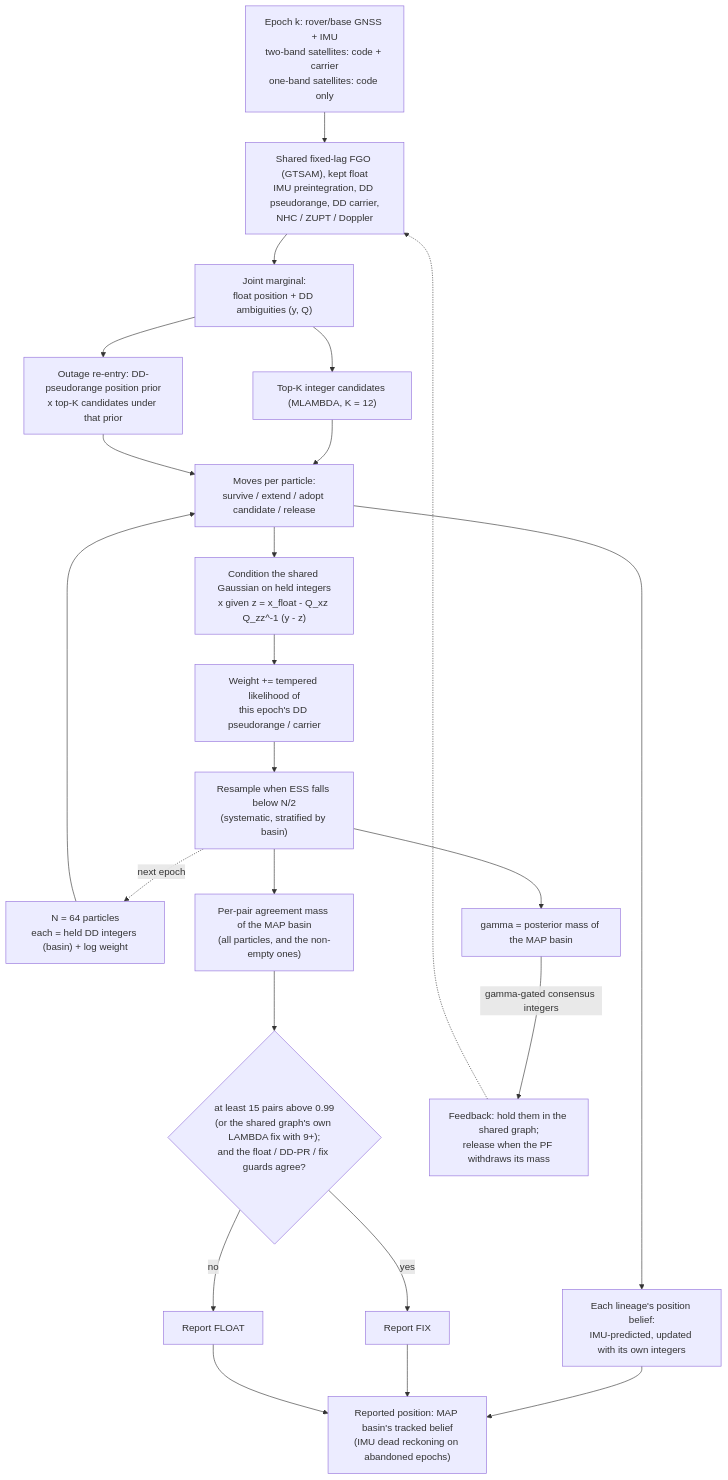
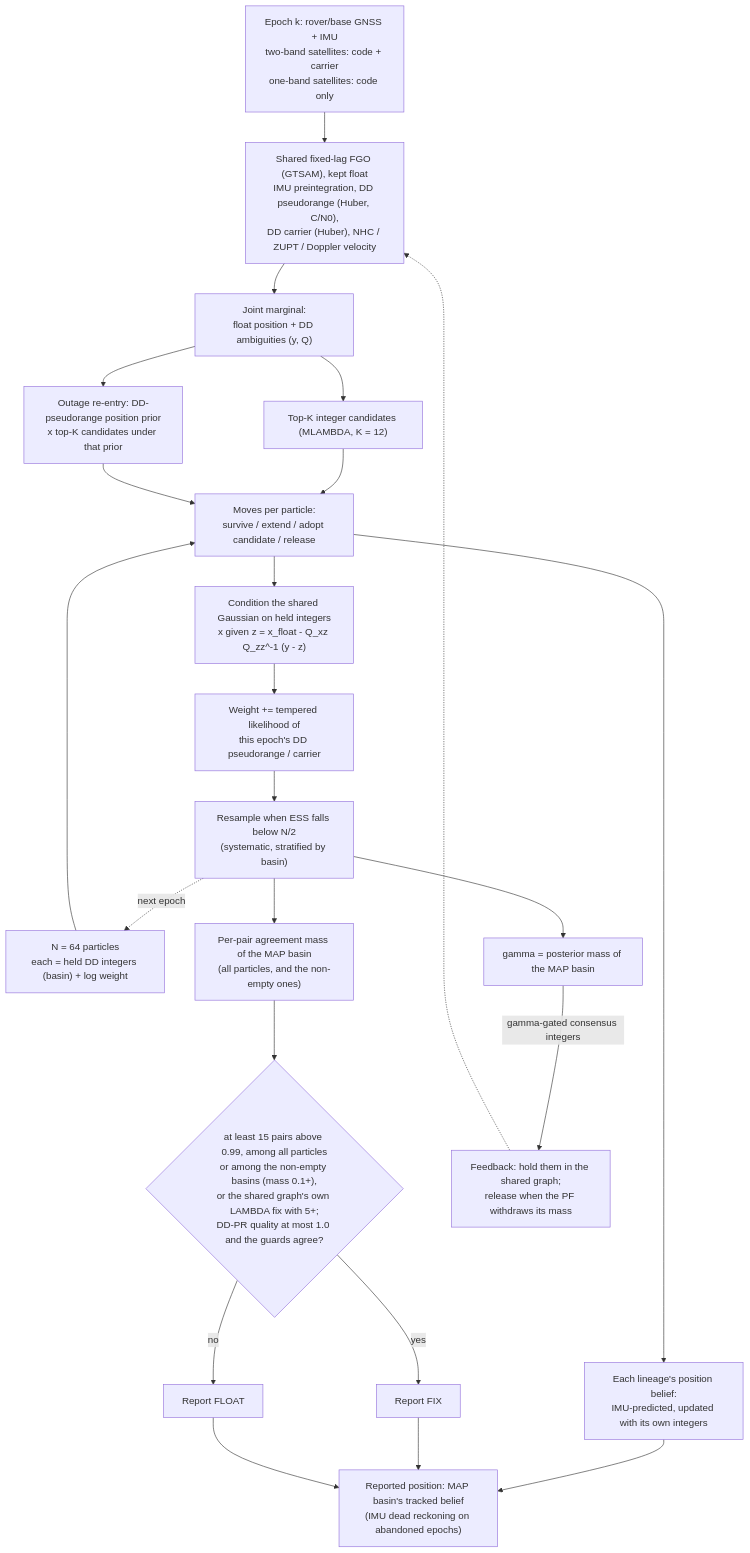
One commit to mfkiwl/gnss_gpu changed the first of 2 diagrams in README.md. Above: the diagram before and after it, drawn with Mermaid. The commit also changed other lines of this file and 8 other files, not shown here.

First line of the commit message:
RB-FGO-PF WP48: shared-graph measurement model (Doppler v2, Huber, C/N0) and a 0.7%-per-seed label

````diff
--- a/README.md
+++ b/README.md
@@ -106,25 +107,25 @@
 ```mermaid
 flowchart TD
-    Obs["Epoch k: rover/base GNSS + IMU<br/>two-band satellites: code + carrier<br/>one-band satellites: code only"] --> FGO["Shared fixed-lag FGO (GTSAM), kept float<br/>IMU preintegration, DD pseudorange, DD carrier,<br/>NHC / ZUPT / Doppler"]
+    Obs["Epoch k: rover/base GNSS + IMU<br/>two-band satellites: code + carrier<br/>one-band satellites: code only"] --> FGO["Shared fixed-lag FGO (GTSAM), kept float<br/>IMU preintegration, DD pseudorange (Huber, C/N0),<br/>DD carrier (Huber), NHC / ZUPT / Doppler velocity"]
     FGO --> Marg["Joint marginal:<br/>float position + DD ambiguities (y, Q)"]
     Marg --> Cand["Top-K integer candidates (MLAMBDA, K = 12)"]
     Marg --> Spawn["Outage re-entry: DD-pseudorange position prior<br/>x top-K candidates under that prior"]
     PF["N = 64 particles<br/>each = held DD integers (basin) + log weight"] --> Moves
     Cand --> Moves["Moves per particle:<br/>survive / extend / adopt candidate / release"]
     Spawn --> Moves
     Moves --> Cond["Condition the shared Gaussian on held integers<br/>x given z = x_float - Q_xz Q_zz^-1 (y - z)"]
     Cond --> W["Weight += tempered likelihood of<br/>this epoch's DD pseudorange / carrier"]
     W --> Res["Resample when ESS falls below N/2<br/>(systematic, stratified by basin)"]
     Res --> Gamma["gamma = posterior mass of the MAP basin"]
     Moves --> Track["Each lineage's position belief:<br/>IMU-predicted, updated with its own integers"]
     Res -. next epoch .-> PF
     Res --> Agree["Per-pair agreement mass of the MAP basin<br/>(all particles, and the non-empty ones)"]
-    Agree --> Dec{"at least 15 pairs above 0.99<br/>(or the shared graph's own LAMBDA fix with 9+);<br/>and the float / DD-PR / fix guards agree?"}
+    Agree --> Dec{"at least 15 pairs above 0.99, among all particles<br/>or among the non-empty basins (mass 0.1+),<br/>or the shared graph's own LAMBDA fix with 5+;<br/>DD-PR quality at most 1.0 and the guards agree?"}
     Dec -- yes --> Fix["Report FIX"]
     Dec -- no --> Flt["Report FLOAT"]
     Track --> Pos["Reported position: MAP basin's tracked belief<br/>(IMU dead reckoning on abandoned epochs)"]
     Fix --> Pos
     Flt --> Pos
     Gamma -- "gamma-gated consensus integers" --> FB["Feedback: hold them in the shared graph;<br/>release when the PF withdraws its mass"]
     FB -.-> FGO
 ```
````
